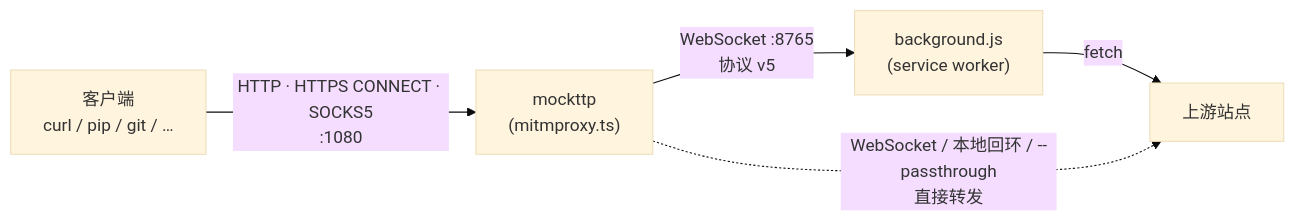
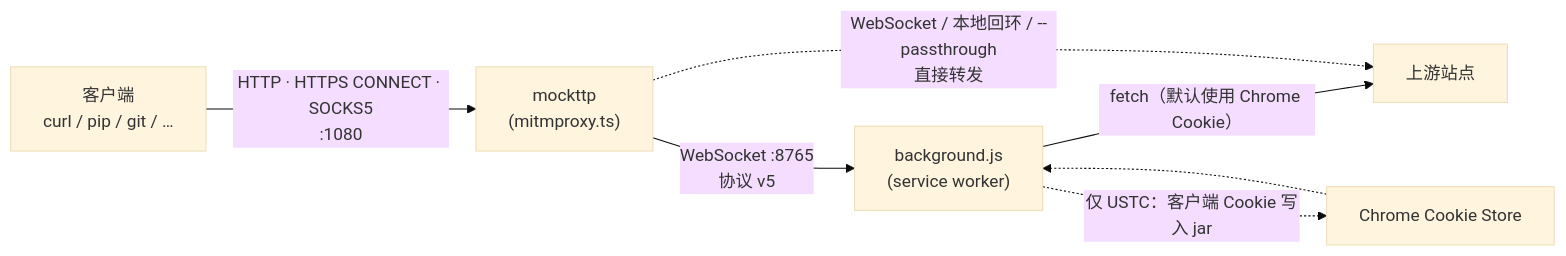
One commit to XhstormR/chrome-bridge changed the first of 5 diagrams in README.md. Above: the diagram before and after it, drawn with Mermaid (base theme). The commit also changed other lines of this file and 5 other files, not shown here.

````diff
--- a/README.md
+++ b/README.md
@@ -16,7 +16,9 @@
 ```mermaid
 flowchart LR
     C["客户端<br/>curl / pip / git / …"] -->|"HTTP · HTTPS CONNECT · SOCKS5<br/>:1080"| P["mockttp<br/>(mitmproxy.ts)"]
     P -->|"WebSocket :8765<br/>协议 v5"| E["background.js<br/>(service worker)"]
-    E -->|"fetch"| U["上游站点"]
+    E -->|"fetch（默认使用 Chrome Cookie）"| U["上游站点"]
+    E -.->|"仅 USTC：客户端 Cookie 写入 jar"| J["Chrome Cookie Store"]
+    J -.-> E
     P -.->|"WebSocket / 本地回环 / --passthrough<br/>直接转发"| U
 ```
````
